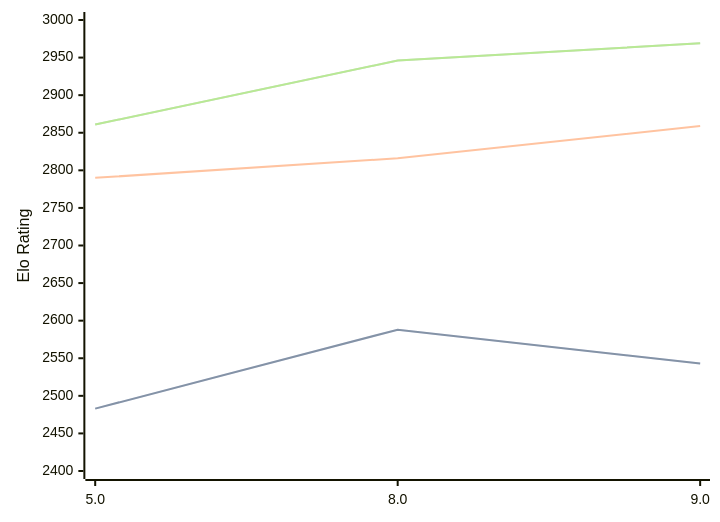
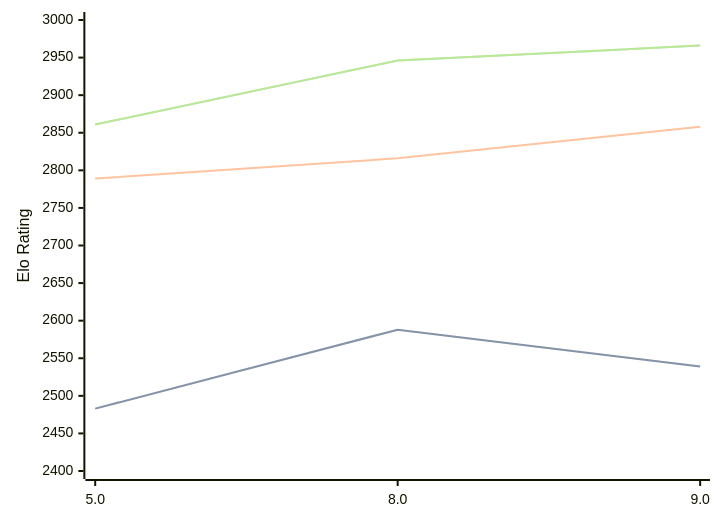
One commit to computer-chess-index/cci changed the diagram in engines/4kc.md. Above: the diagram before and after it, drawn with Mermaid. The commit also changed other lines of this file, not shown here.

Commit message:
Update CCI Ratings (ELO VLTC) - 2026-09-12

````diff
--- a/engines/4kc.md
+++ b/engines/4kc.md
@@ -33,11 +33,11 @@
 ```mermaid
 %%{init: {"theme":"base","themeVariables":{"seriesColors:['#a3a3a3','#222221','#faa371']}}}%%
 xychart-beta
   x-axis ["5.0", "8.0", "9.0"]
   y-axis "Elo Rating" 2400 --> 3000
-  line "" [2483, 2588, 2543]
-  line "STC (8.0+0.08s)" [2483, 2588, 2543]
-  line "LTC (60.0+0.60s)" [2790, 2816, 2859]
-  line "" [2861, 2946, 2969]
-  line "VLTC (2m24s+1.12s)" [2861, 2946, 2969]
+  line "" [2483, 2588, 2539]
+  line "STC (8.0+0.08s)" [2483, 2588, 2539]
+  line "LTC (60.0+0.60s)" [2789, 2816, 2858]
+  line "" [2861, 2946, 2966]
+  line "VLTC (2m24s+1.12s)" [2861, 2946, 2966]
 ```
````
